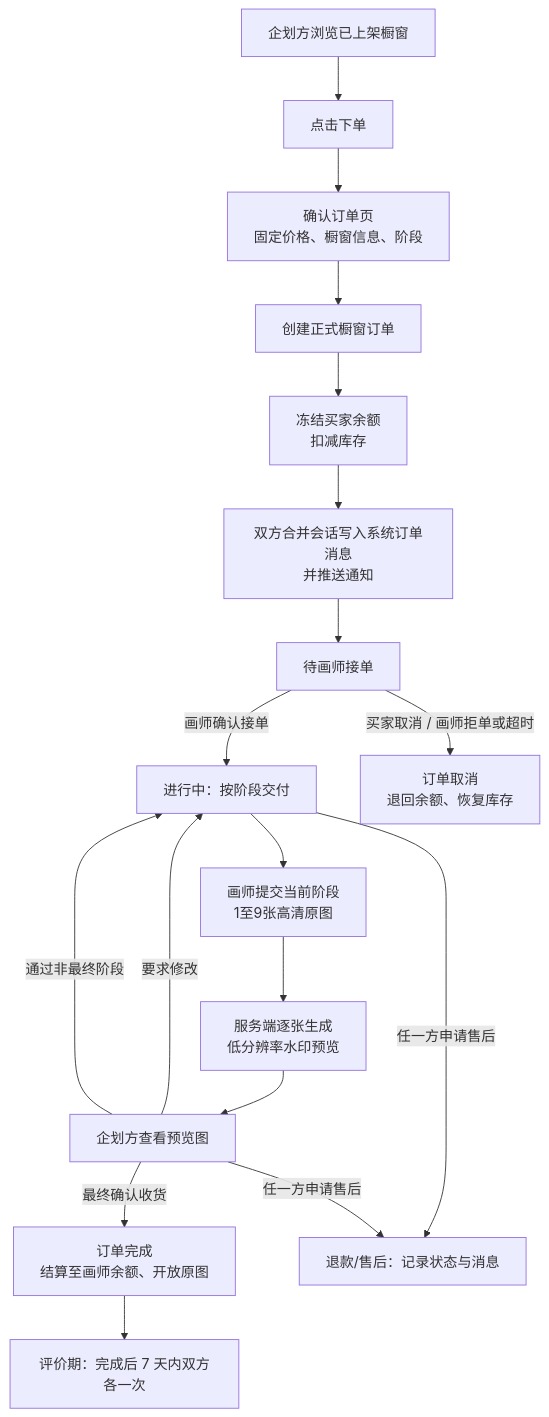
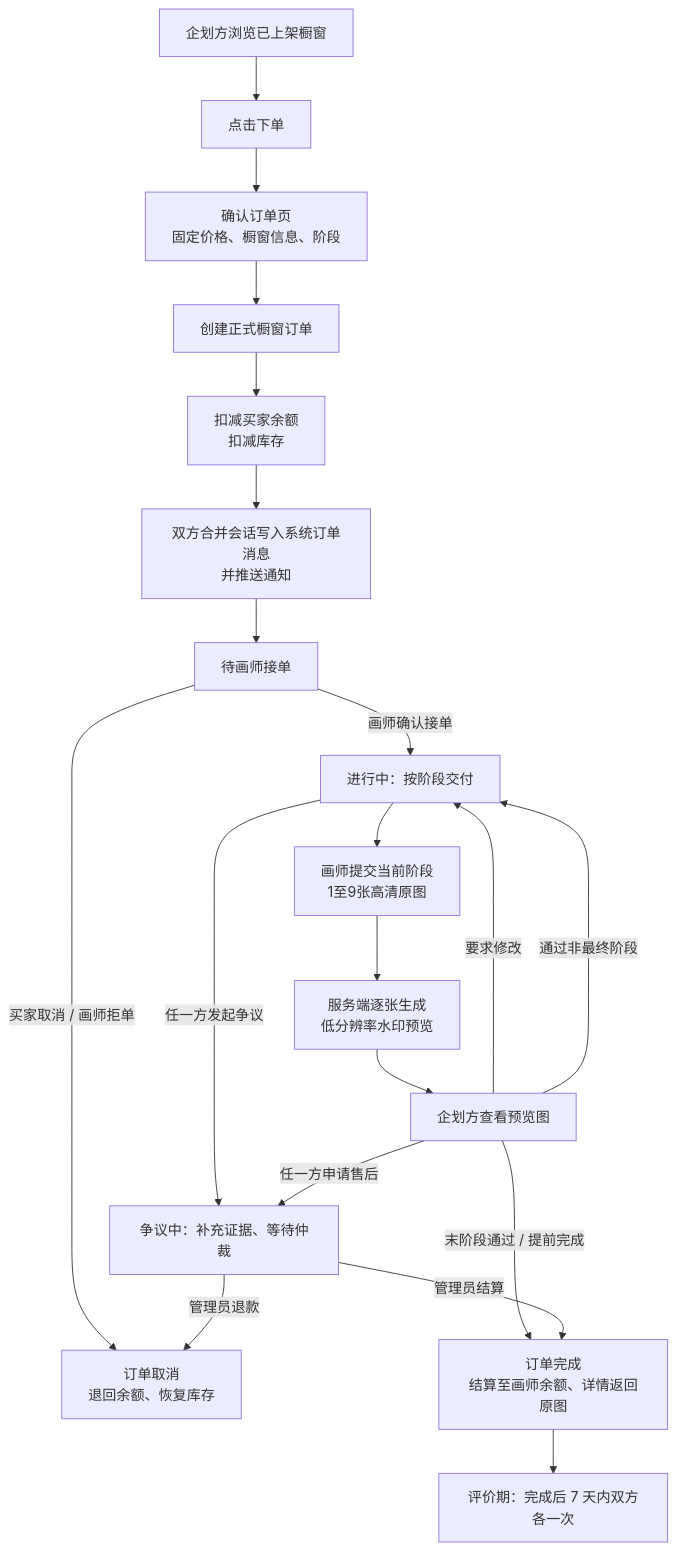
Before and after one commit to shizunana/Artiv: the first of 2 diagrams in docs/功能流程/橱窗订单交易流程.md, drawn with Mermaid. The commit also changed other lines of this file and 35 other files, not shown here.

````diff
--- a/docs/功能流程/橱窗订单交易流程.md
+++ b/docs/功能流程/橱窗订单交易流程.md
@@ -84,21 +88,23 @@
 ```mermaid
 flowchart TD
   A[企划方浏览已上架橱窗] --> B[点击下单]
   B --> C[确认订单页\n固定价格、橱窗信息、阶段]
   C --> D[创建正式橱窗订单]
-  D --> E[冻结买家余额\n扣减库存]
+  D --> E[扣减买家余额\n扣减库存]
   E --> F[双方合并会话写入系统订单消息\n并推送通知]
   F --> G[待画师接单]
 
   G -->|画师确认接单| H[进行中：按阶段交付]
-  G -->|买家取消 / 画师拒单或超时| X[订单取消\n退回余额、恢复库存]
+  G -->|买家取消 / 画师拒单| X[订单取消\n退回余额、恢复库存]
   H --> I[画师提交当前阶段\n1至9张高清原图]
   I --> I1[服务端逐张生成\n低分辨率水印预览]
   I1 --> J[企划方查看预览图]
   J -->|要求修改| H
   J -->|通过非最终阶段| H
-  J -->|最终确认收货| K[订单完成\n结算至画师余额、开放原图]
+  J -->|末阶段通过 / 提前完成| K[订单完成\n结算至画师余额、详情返回原图]
   K --> L[评价期：完成后 7 天内双方各一次]
-  H -->|任一方申请售后| N[退款/售后：记录状态与消息]
+  H -->|任一方发起争议| N[争议中：补充证据、等待仲裁]
   J -->|任一方申请售后| N
+  N -->|管理员结算| K
+  N -->|管理员退款| X
 ```
````
